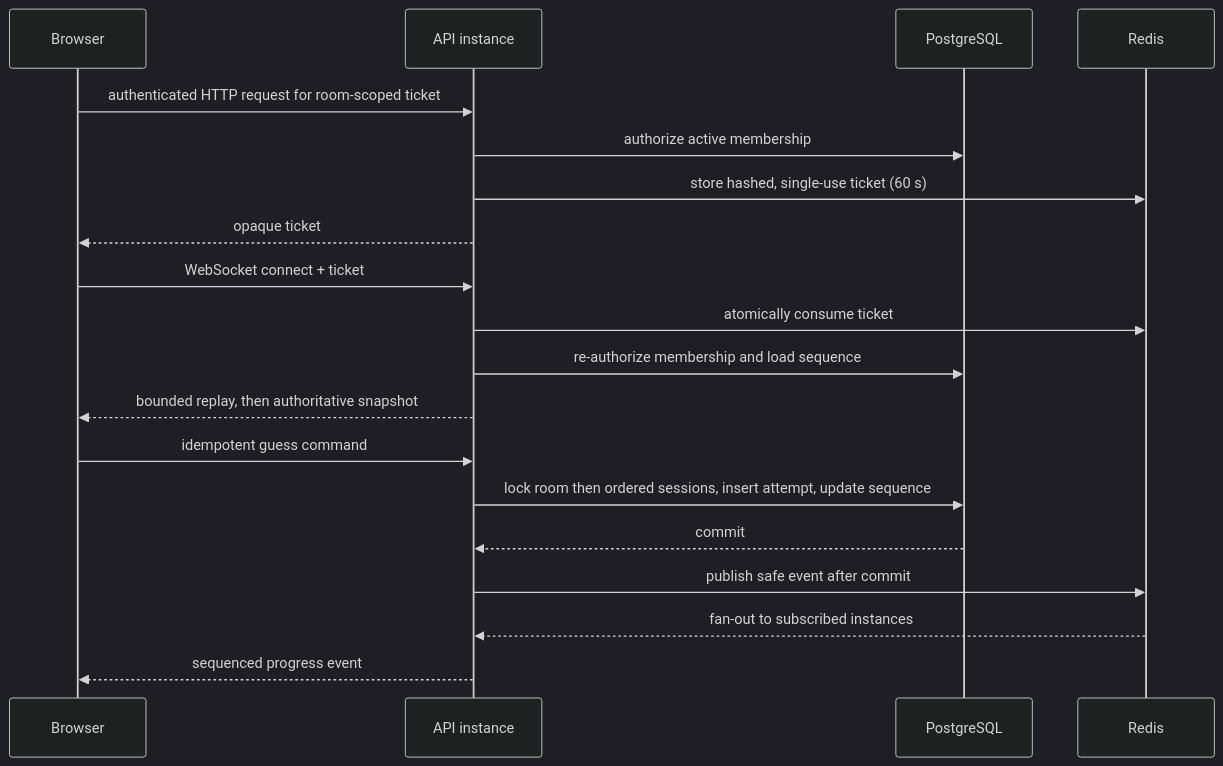
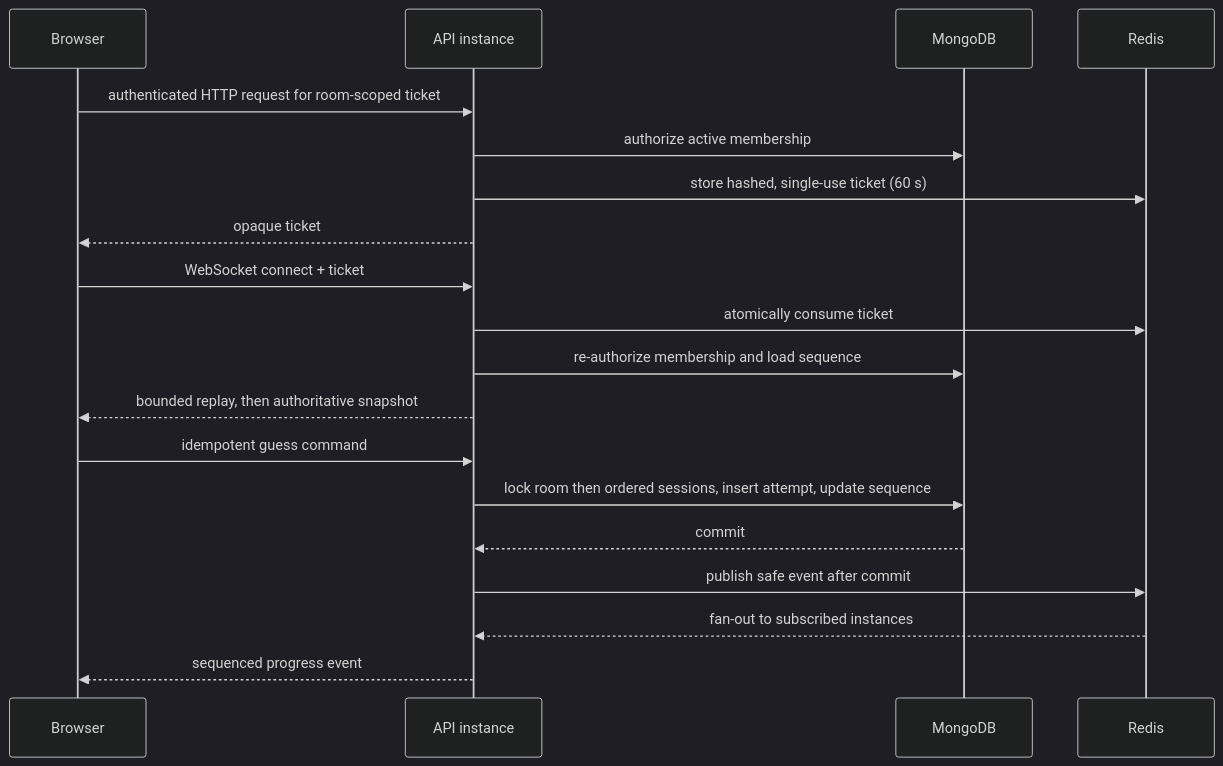
Before and after one commit to therealcustomtea/ICT-SBA: the diagram in docs/architecture/REALTIME.md, drawn with Mermaid (dark theme). The commit also changed other lines of this file and 24 other files, not shown here.

````diff
--- a/docs/architecture/REALTIME.md
+++ b/docs/architecture/REALTIME.md
@@ -7,22 +7,22 @@
 ```mermaid
 sequenceDiagram
     participant C as Browser
     participant A as API instance
-    participant P as PostgreSQL
+    participant P as MongoDB
     participant R as Redis
 
     C->>A: authenticated HTTP request for room-scoped ticket
     A->>P: authorize active membership
     A->>R: store hashed, single-use ticket (60 s)
     A-->>C: opaque ticket
     C->>A: WebSocket connect + ticket
     A->>R: atomically consume ticket
     A->>P: re-authorize membership and load sequence
     A-->>C: bounded replay, then authoritative snapshot
     C->>A: idempotent guess command
     A->>P: lock room then ordered sessions, insert attempt, update sequence
     P-->>A: commit
     A->>R: publish safe event after commit
     R-->>A: fan-out to subscribed instances
     A-->>C: sequenced progress event
 ```
````
